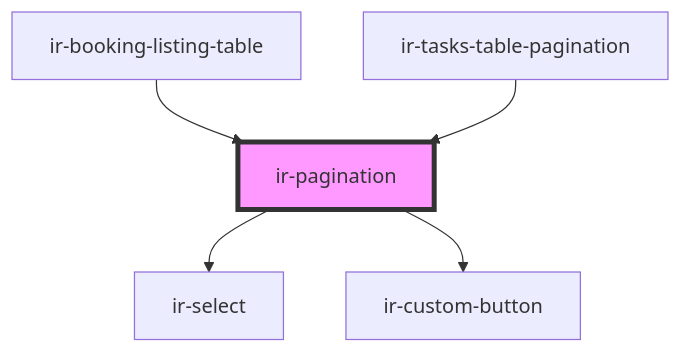
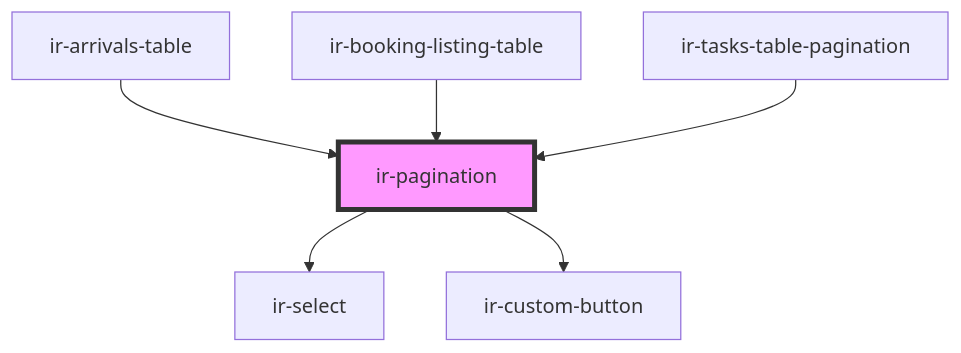
One commit to David1Chowaifaty/modified-ir-webcmp changed the diagram in src/components/ir-pagination/readme.md. Above: the diagram before and after it, drawn with Mermaid. The commit also changed other lines of this file and 36 other files, not shown here.

First line of the commit message:
Refactor arrivals components and enhance pagination functionality

````diff
--- a/src/components/ir-pagination/readme.md
+++ b/src/components/ir-pagination/readme.md
@@ -49,8 +50,9 @@
 ```mermaid
 graph TD;
   ir-pagination --> ir-select
   ir-pagination --> ir-custom-button
+  ir-arrivals-table --> ir-pagination
   ir-booking-listing-table --> ir-pagination
   ir-tasks-table-pagination --> ir-pagination
   style ir-pagination fill:#f9f,stroke:#333,stroke-width:4px
 ```
````
